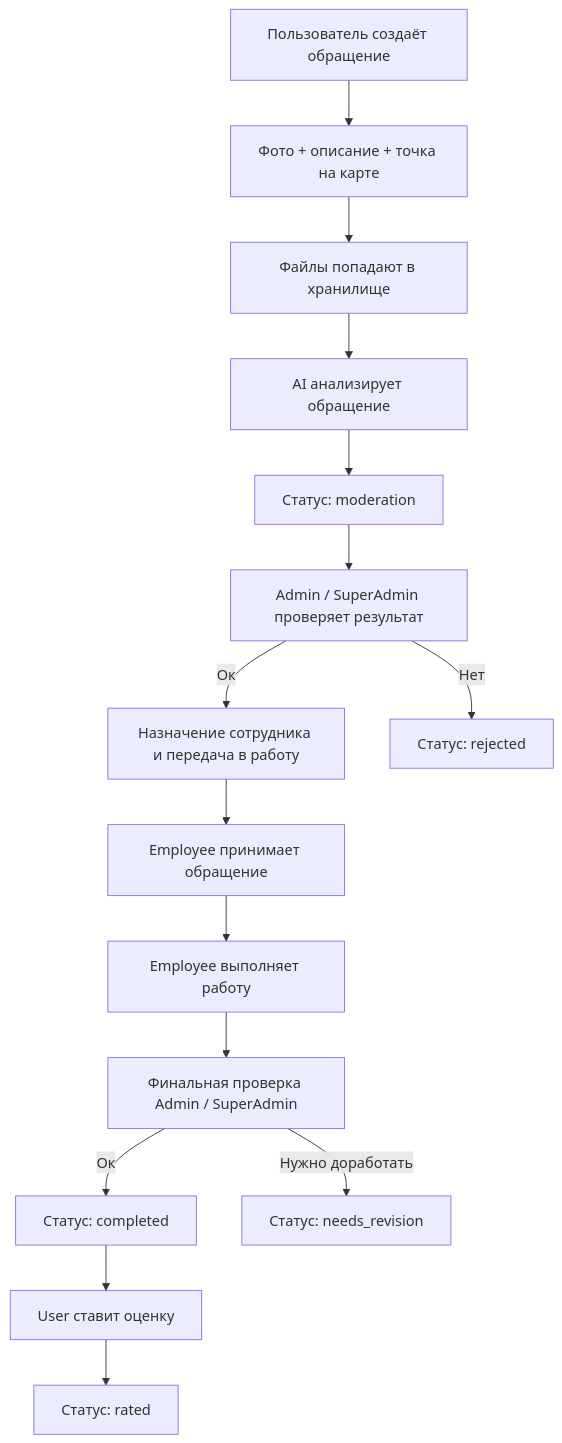
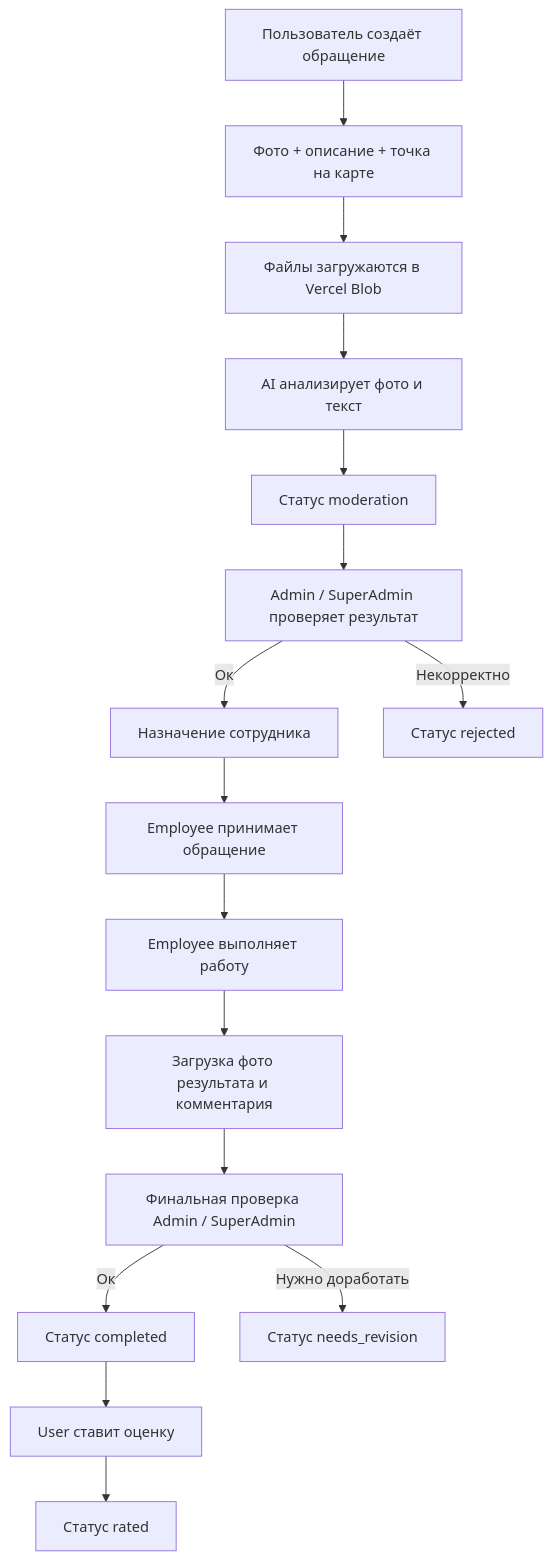
The first of 2 diagrams in README.md (yenlikksarybay/cityhelp-diploma), drawn with Mermaid before and after one commit. The commit also changed other lines of this file and 6 other files, not shown here.

````diff
--- a/README.md
+++ b/README.md
@@ -65,17 +137,18 @@
 ```mermaid
 flowchart TD
   A[Пользователь создаёт обращение] --> B[Фото + описание + точка на карте]
-  B --> C[Файлы попадают в хранилище]
-  C --> D[AI анализирует обращение]
-  D --> E[Статус: moderation]
+  B --> C[Файлы загружаются в Vercel Blob]
+  C --> D[AI анализирует фото и текст]
+  D --> E[Статус moderation]
   E --> F[Admin / SuperAdmin проверяет результат]
-  F -->|Ок| G[Назначение сотрудника и передача в работу]
-  F -->|Нет| H[Статус: rejected]
+  F -->|Ок| G[Назначение сотрудника]
+  F -->|Некорректно| H[Статус rejected]
   G --> I[Employee принимает обращение]
   I --> J[Employee выполняет работу]
-  J --> K[Финальная проверка Admin / SuperAdmin]
-  K -->|Ок| L[Статус: completed]
-  K -->|Нужно доработать| M[Статус: needs_revision]
-  L --> N[User ставит оценку]
-  N --> O[Статус: rated]
+  J --> K[Загрузка фото результата и комментария]
+  K --> L[Финальная проверка Admin / SuperAdmin]
+  L -->|Ок| M[Статус completed]
+  L -->|Нужно доработать| N[Статус needs_revision]
+  M --> O[User ставит оценку]
+  O --> P[Статус rated]
 ```
````
